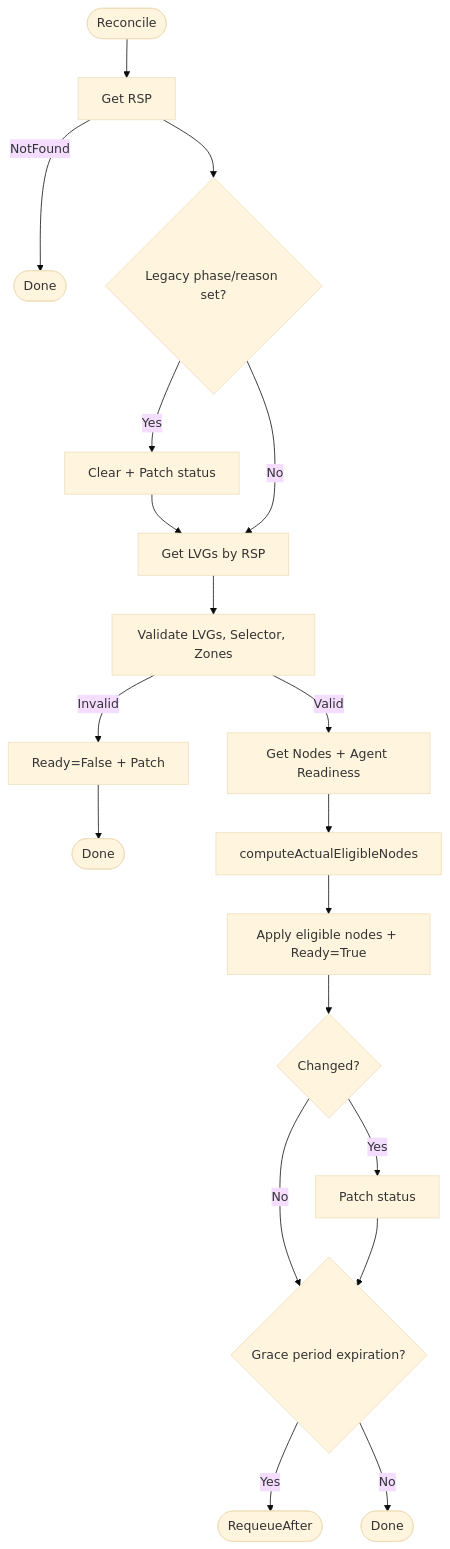
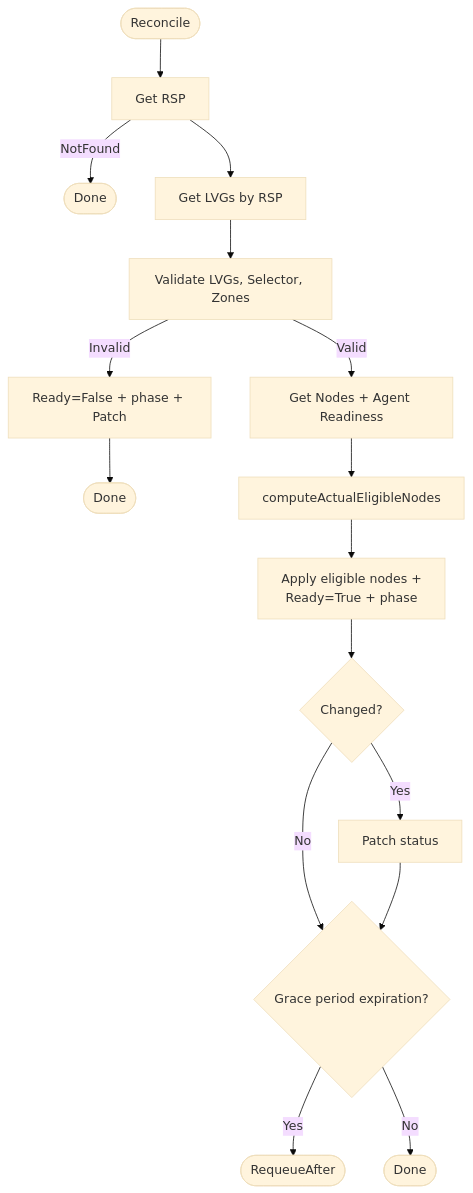
Before and after one commit to deckhouse/sds-replicated-volume: the first of 6 diagrams in images/controller/internal/controllers/rsp_controller/README.md, drawn with Mermaid (base theme). The commit also changed other lines of this file and 5 other files, not shown here.

First line of the commit message:
[api, controller] Add phase and message to ReplicatedStoragePool status

````diff
--- a/images/controller/internal/controllers/rsp_controller/README.md
+++ b/images/controller/internal/controllers/rsp_controller/README.md
@@ -71,25 +72,22 @@
 ```mermaid
 flowchart TD
     Start([Reconcile]) --> GetRSP[Get RSP]
     GetRSP -->|NotFound| Done1([Done])
-    GetRSP --> ClearLegacy{Legacy phase/reason set?}
-    ClearLegacy -->|Yes| PatchLegacy[Clear + Patch status]
-    PatchLegacy --> GetLVGs
-    ClearLegacy -->|No| GetLVGs[Get LVGs by RSP]
+    GetRSP --> GetLVGs[Get LVGs by RSP]
 
     GetLVGs --> Validate[Validate LVGs, Selector, Zones]
-    Validate -->|Invalid| SetFalse[Ready=False + Patch]
+    Validate -->|Invalid| SetFalse["Ready=False + phase + Patch"]
     SetFalse --> Done2([Done])
 
     Validate -->|Valid| GetInputs[Get Nodes + Agent Readiness]
     GetInputs --> Compute[computeActualEligibleNodes]
-    Compute --> Apply[Apply eligible nodes + Ready=True]
+    Compute --> Apply["Apply eligible nodes +<br/>Ready=True + phase"]
 
     Apply --> PatchDecision{Changed?}
     PatchDecision -->|Yes| Patch[Patch status]
     PatchDecision -->|No| GraceCheck
     Patch --> GraceCheck{Grace period expiration?}
 
     GraceCheck -->|Yes| Requeue([RequeueAfter])
     GraceCheck -->|No| Done3([Done])
 ```
````
